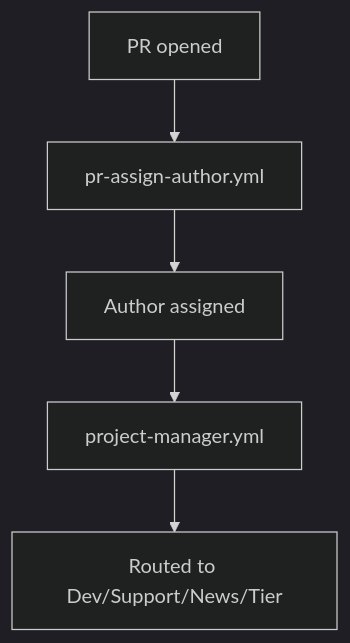
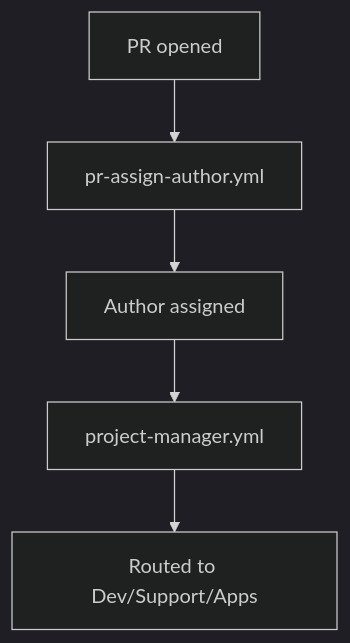
One commit to pollinations/pollinations changed the third of 4 diagrams in .github/docs/TRIAGE.md. Above: the diagram before and after it, drawn with Mermaid. The commit also changed other lines of this file and 4 other files, not shown here.

````diff
--- a/.github/docs/TRIAGE.md
+++ b/.github/docs/TRIAGE.md
@@ -117,8 +108,8 @@
 ```mermaid
 %%{init: {'theme': 'dark'}}%%
 flowchart TD
     A[PR opened] --> B[pr-assign-author.yml]
     B --> C[Author assigned]
     C --> D[project-manager.yml]
-    D --> E[Routed to Dev/Support/News/Tier]
+    D --> E[Routed to Dev/Support/Apps]
 ```
````
